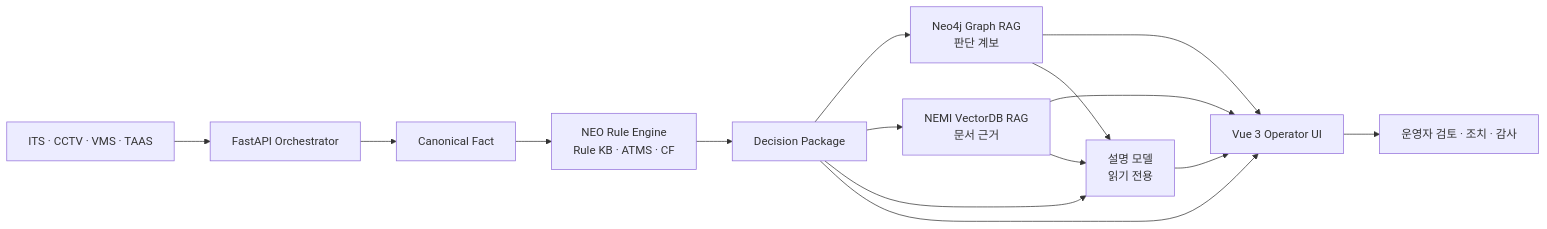
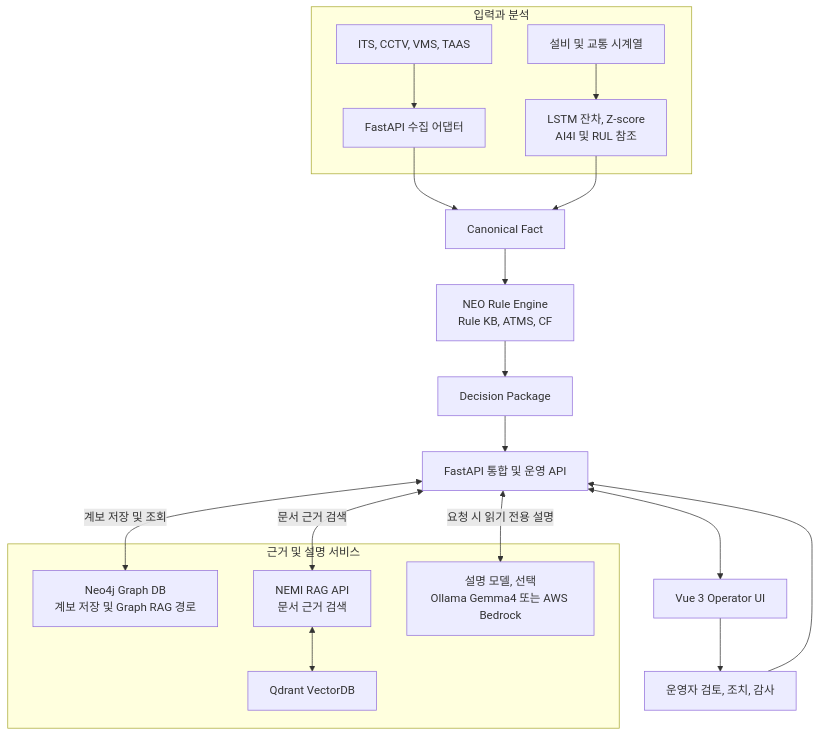
The diagram in README.md (hannip0461/NEO-Intelligent-ITS-Operator), drawn with Mermaid before and after one commit.

Commit message:
docs: 시스템 구성 흐름 최신화

````diff
--- a/README.md
+++ b/README.md
@@ -85,17 +85,23 @@
 ```mermaid
-flowchart LR
-    A["ITS · CCTV · VMS · TAAS"] --> B["FastAPI Orchestrator"]
-    B --> C["Canonical Fact"]
-    C --> D["NEO Rule Engine<br/>Rule KB · ATMS · CF"]
-    D --> E["Decision Package"]
-    E --> F["Neo4j Graph RAG<br/>판단 계보"]
-    E --> G["NEMI VectorDB RAG<br/>문서 근거"]
-    E --> J["설명 모델<br/>읽기 전용"]
-    E --> H["Vue 3 Operator UI"]
-    F --> H
-    G --> H
-    F --> J
-    G --> J
-    J --> H
-    H --> I["운영자 검토 · 조치 · 감사"]
+flowchart TB
+    subgraph INPUT["입력과 분석"]
+        A["ITS, CCTV, VMS, TAAS"] --> C["FastAPI 수집 어댑터"]
+        B["설비 및 교통 시계열"] --> D["LSTM 잔차, Z-score<br/>AI4I 및 RUL 참조"]
+    end
+    C --> E["Canonical Fact"]
+    D --> E
+    E --> F["NEO Rule Engine<br/>Rule KB, ATMS, CF"]
+    F --> G["Decision Package"]
+    G --> H["FastAPI 통합 및 운영 API"]
+    subgraph EVIDENCE["근거 및 설명 서비스"]
+        I["Neo4j Graph DB<br/>계보 저장 및 Graph RAG 경로"]
+        J["NEMI RAG API<br/>문서 근거 검색"] <--> K["Qdrant VectorDB"]
+        L["설명 모델, 선택<br/>Ollama Gemma4 또는 AWS Bedrock"]
+    end
+    H <-->|계보 저장 및 조회| I
+    H <-->|문서 근거 검색| J
+    H <-->|요청 시 읽기 전용 설명| L
+    H <--> M["Vue 3 Operator UI"]
+    M --> N["운영자 검토, 조치, 감사"]
+    N --> H
 ```
````
